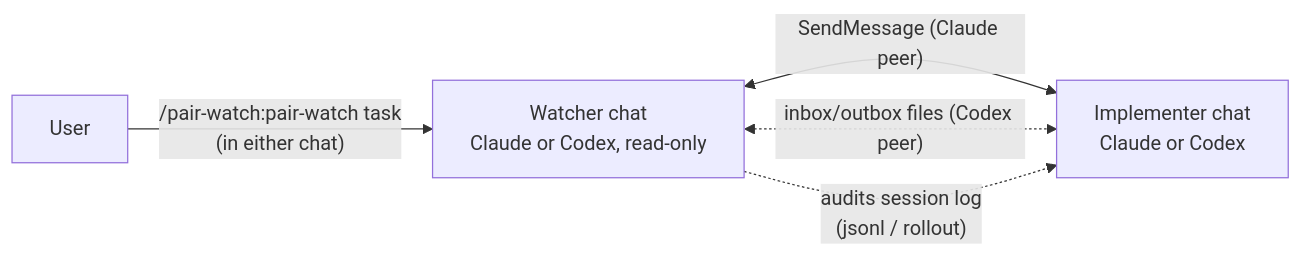
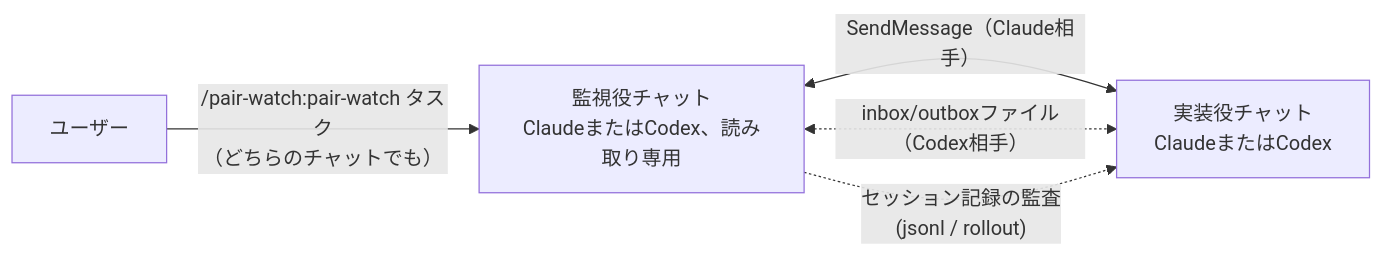
Before and after one commit to inakaegg/pair-watch: the first of 2 diagrams in README.ja.md, drawn with Mermaid. The commit also changed other lines of this file and 1 other file, not shown here.

````diff
--- a/README.ja.md
+++ b/README.ja.md
@@ -7,7 +7,7 @@
 ```mermaid
 flowchart LR
-    U[User] -- "/pair-watch:pair-watch task<br/>(in either chat)" --> W[Watcher chat<br/>Claude or Codex, read-only]
-    W <-- "SendMessage (Claude peer)" --> I[Implementer chat<br/>Claude or Codex]
-    W <-. "inbox/outbox files (Codex peer)" .-> I
-    W -. "audits session log<br/>(jsonl / rollout)" .-> I
+    U[ユーザー] -- "/pair-watch:pair-watch タスク<br/>（どちらのチャットでも）" --> W[監視役チャット<br/>ClaudeまたはCodex、読み取り専用]
+    W <-- "SendMessage（Claude相手）" --> I[実装役チャット<br/>ClaudeまたはCodex]
+    W <-. "inbox/outboxファイル（Codex相手）" .-> I
+    W -. "セッション記録の監査<br/>(jsonl / rollout)" .-> I
 ```
````
